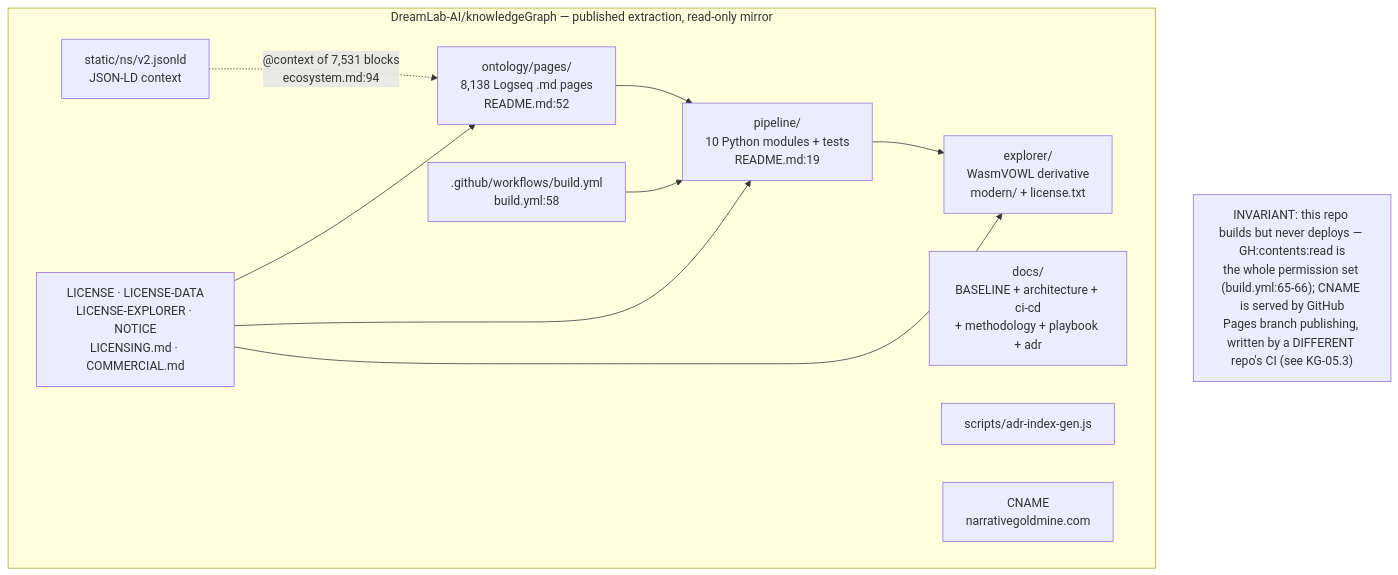
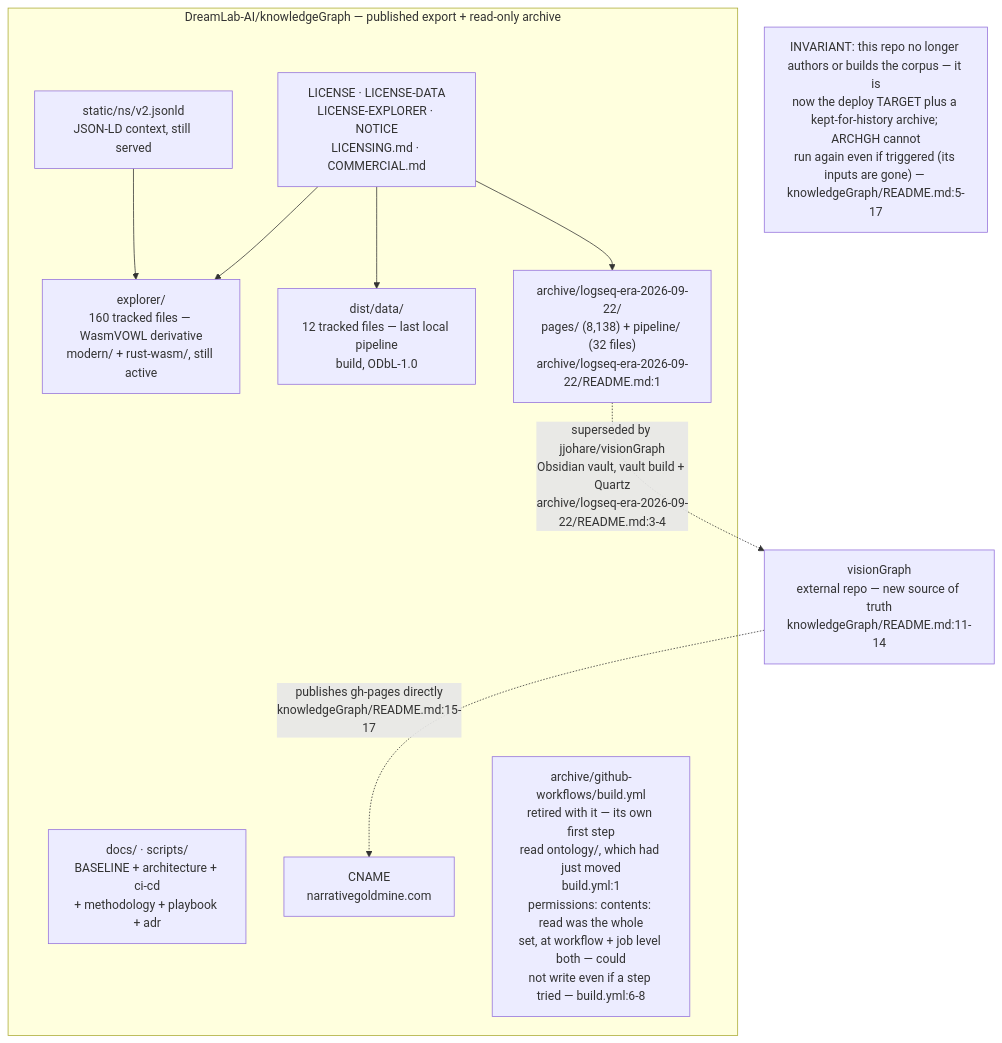
Before and after one commit to DreamLab-AI/VisionFlow: the first of 2 diagrams in docs/diagrams/knowledgegraph/01-repo-composition-and-licensing.md, drawn with Mermaid. The commit also changed other lines of this file and 136 other files, not shown here.

First line of the commit message:
docs(diagrams): refresh the whole corpus to code HEAD and prune low-value diagrams

````diff
--- a/docs/diagrams/knowledgegraph/01-repo-composition-and-licensing.md
+++ b/docs/diagrams/knowledgegraph/01-repo-composition-and-licensing.md
@@ -23,22 +22,20 @@
 ```mermaid
 flowchart TB
-    subgraph REPO["DreamLab-AI/knowledgeGraph — published extraction, read-only mirror"]
-        ONT["ontology/pages/<br/>8,138 Logseq .md pages<br/>README.md:52"]
-        PIPE["pipeline/<br/>10 Python modules + tests<br/>README.md:19"]
-        EXP["explorer/<br/>WasmVOWL derivative<br/>modern/ + license.txt"]
-        DOCS["docs/<br/>BASELINE + architecture + ci-cd<br/>+ methodology + playbook + adr"]
-        STATIC["static/ns/v2.jsonld<br/>JSON-LD context"]
-        SCRIPTS["scripts/adr-index-gen.js"]
-        GH[".github/workflows/build.yml<br/>build.yml:58"]
+    subgraph REPO["DreamLab-AI/knowledgeGraph — published export + read-only archive"]
+        EXP["explorer/<br/>160 tracked files — WasmVOWL derivative<br/>modern/ + rust-wasm/, still active"]
+        STATIC["static/ns/v2.jsonld<br/>JSON-LD context, still served"]
+        DIST["dist/data/<br/>12 tracked files — last local pipeline<br/>build, ODbL-1.0"]
+        DOCSN["docs/ · scripts/<br/>BASELINE + architecture + ci-cd<br/>+ methodology + playbook + adr"]
         LIC["LICENSE · LICENSE-DATA<br/>LICENSE-EXPLORER · NOTICE<br/>LICENSING.md · COMMERCIAL.md"]
         CNAME["CNAME<br/>narrativegoldmine.com"]
+        ARCHIVE["archive/logseq-era-2026-09-22/<br/>pages/ (8,138) + pipeline/ (32 files)<br/>archive/logseq-era-2026-09-22/README.md:1"]
+        ARCHGH["archive/github-workflows/build.yml<br/>retired with it — its own first step<br/>read ontology/, which had just moved<br/>build.yml:1<br/>permissions: contents: read was the whole<br/>set, at workflow + job level both — could<br/>not write even if a step tried — build.yml:6-8"]
     end
-    ONT --> PIPE
-    PIPE --> EXP
-    STATIC -.->|"@context of 7,531 blocks<br/>ecosystem.md:94"| ONT
-    GH --> PIPE
-    LIC --> ONT
-    LIC --> PIPE
+    ARCHIVE -.->|"superseded by jjohare/visionGraph<br/>Obsidian vault, vault build + Quartz<br/>archive/logseq-era-2026-09-22/README.md:3-4"| VG["visionGraph<br/>external repo — new source of truth<br/>knowledgeGraph/README.md:11-14"]
+    VG -.->|"publishes gh-pages directly<br/>knowledgeGraph/README.md:15-17"| CNAME
+    STATIC --> EXP
+    LIC --> ARCHIVE
     LIC --> EXP
-    note1["INVARIANT: this repo builds but never deploys — GH:contents:read is<br/>the whole permission set (build.yml:65-66); CNAME is served by GitHub<br/>Pages branch publishing, written by a DIFFERENT repo's CI (see KG-05.3)"]
+    LIC --> DIST
+    note1["INVARIANT: this repo no longer authors or builds the corpus — it is<br/>now the deploy TARGET plus a kept-for-history archive; ARCHGH cannot<br/>run again even if triggered (its inputs are gone) — knowledgeGraph/README.md:5-17"]
 ```
````
